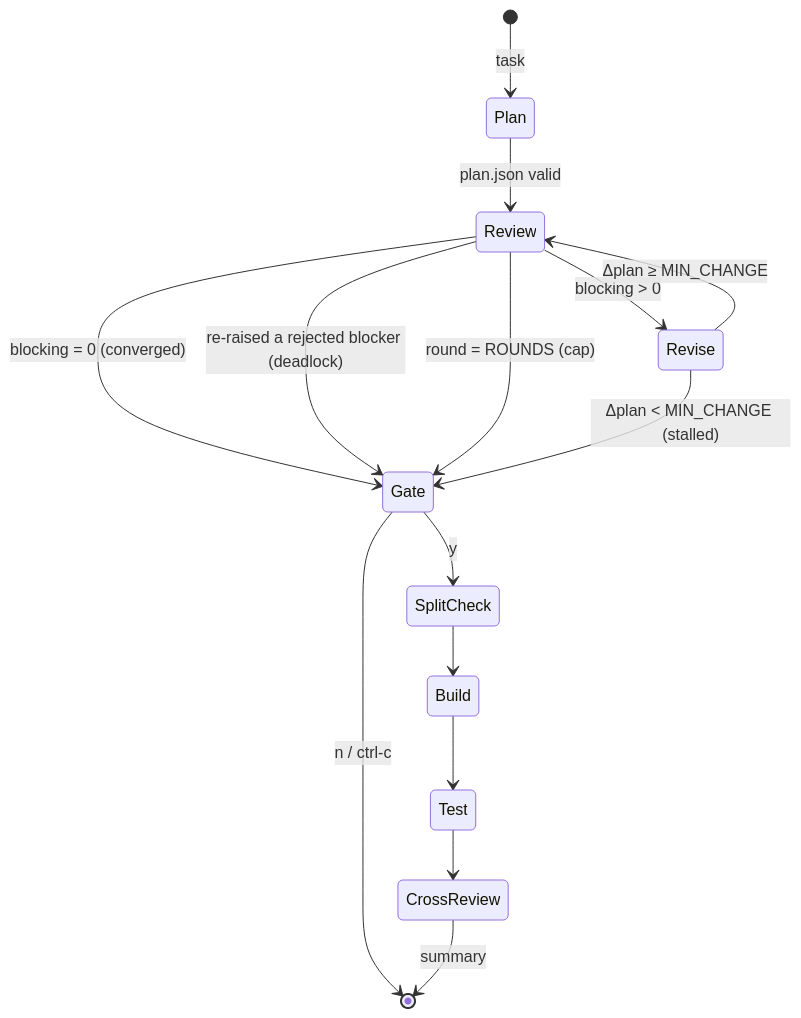
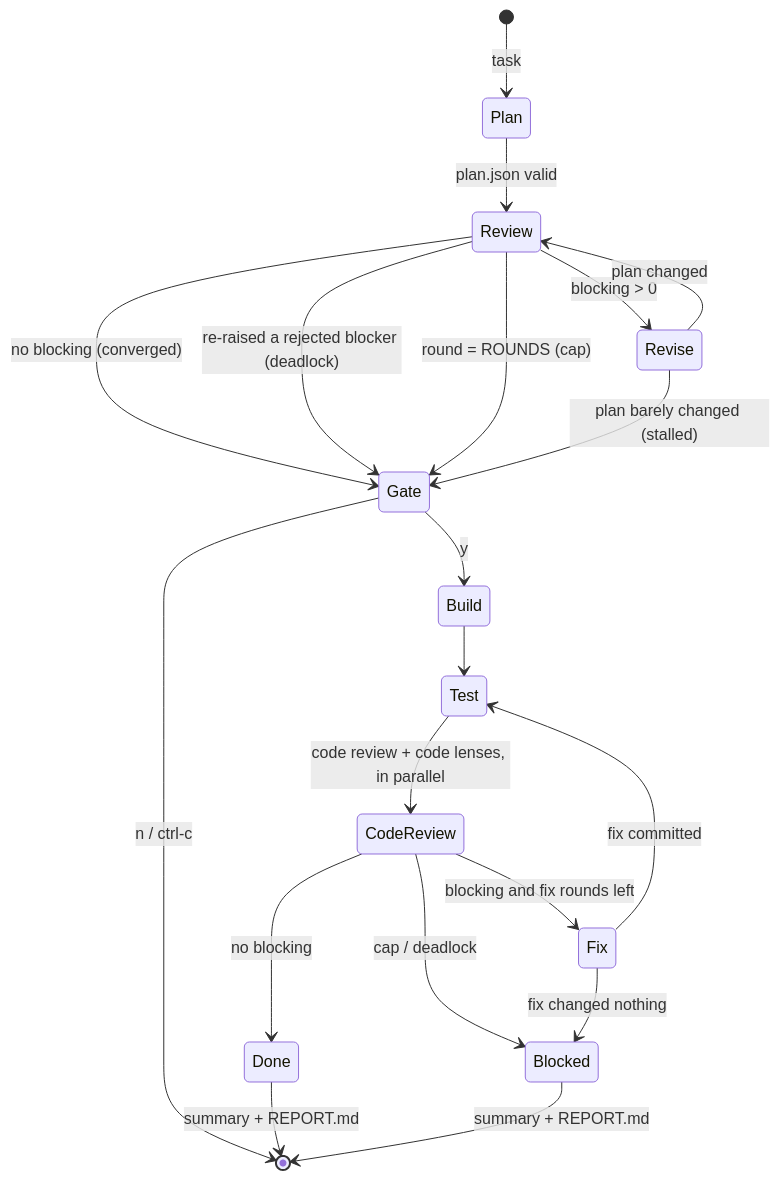
Before and after one commit to electric-monkey/duo: the diagram in README.md, drawn with Mermaid. The commit also changed other lines of this file, not shown here.

Commit message:
README: concrete intro, 2.4 roles, lenses, fix loop

````diff
--- a/README.md
+++ b/README.md
@@ -92,17 +109,22 @@
 ```mermaid
 stateDiagram-v2
     [*] --> Plan: task
     Plan --> Review: plan.json valid
-    Review --> Gate: blocking = 0 (converged)
+    Review --> Gate: no blocking (converged)
     Review --> Gate: re-raised a rejected blocker (deadlock)
     Review --> Gate: round = ROUNDS (cap)
     Review --> Revise: blocking > 0
-    Revise --> Gate: Δplan < MIN_CHANGE (stalled)
-    Revise --> Review: Δplan ≥ MIN_CHANGE
+    Revise --> Gate: plan barely changed (stalled)
+    Revise --> Review: plan changed
     Gate --> [*]: n / ctrl-c
-    Gate --> SplitCheck: y
-    SplitCheck --> Build
+    Gate --> Build: y
     Build --> Test
-    Test --> CrossReview
-    CrossReview --> [*]: summary
+    Test --> CodeReview: code review + code lenses, in parallel
+    CodeReview --> Done: no blocking
+    CodeReview --> Fix: blocking and fix rounds left
+    CodeReview --> Blocked: cap / deadlock
+    Fix --> Test: fix committed
+    Fix --> Blocked: fix changed nothing
+    Done --> [*]: summary + REPORT.md
+    Blocked --> [*]: summary + REPORT.md
 ```
````
